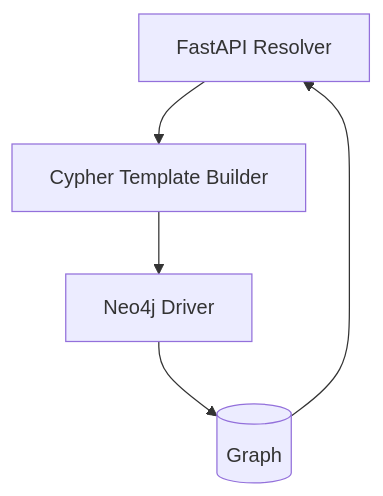
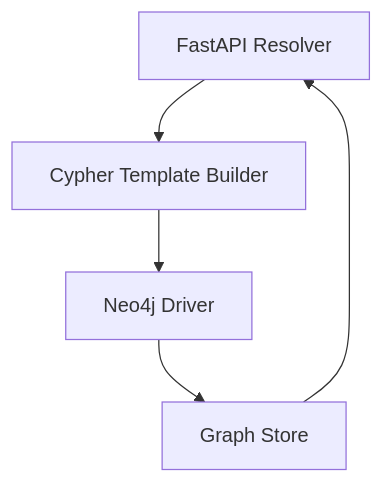
Before and after one commit to bartytime4life/Kansas-Frontier-Matrix: the second of 3 diagrams in docs/MASTER_GUIDE_v10.md, drawn with Mermaid. The commit also changed other lines of this file, not shown here.

````diff
--- a/docs/MASTER_GUIDE_v10.md
+++ b/docs/MASTER_GUIDE_v10.md
@@ -347,7 +374,7 @@
-```mermaid
+~~~~~mermaid
 flowchart TD
-    A[FastAPI Resolver] --> B[Cypher Template Builder]
-    B --> C[Neo4j Driver]
-    C --> D[(Graph)]
-    D --> A
-```
+  A["FastAPI Resolver"] --> B["Cypher Template Builder"]
+  B --> C["Neo4j Driver"]
+  C --> D["Graph Store"]
+  D --> A
+~~~~~
````
